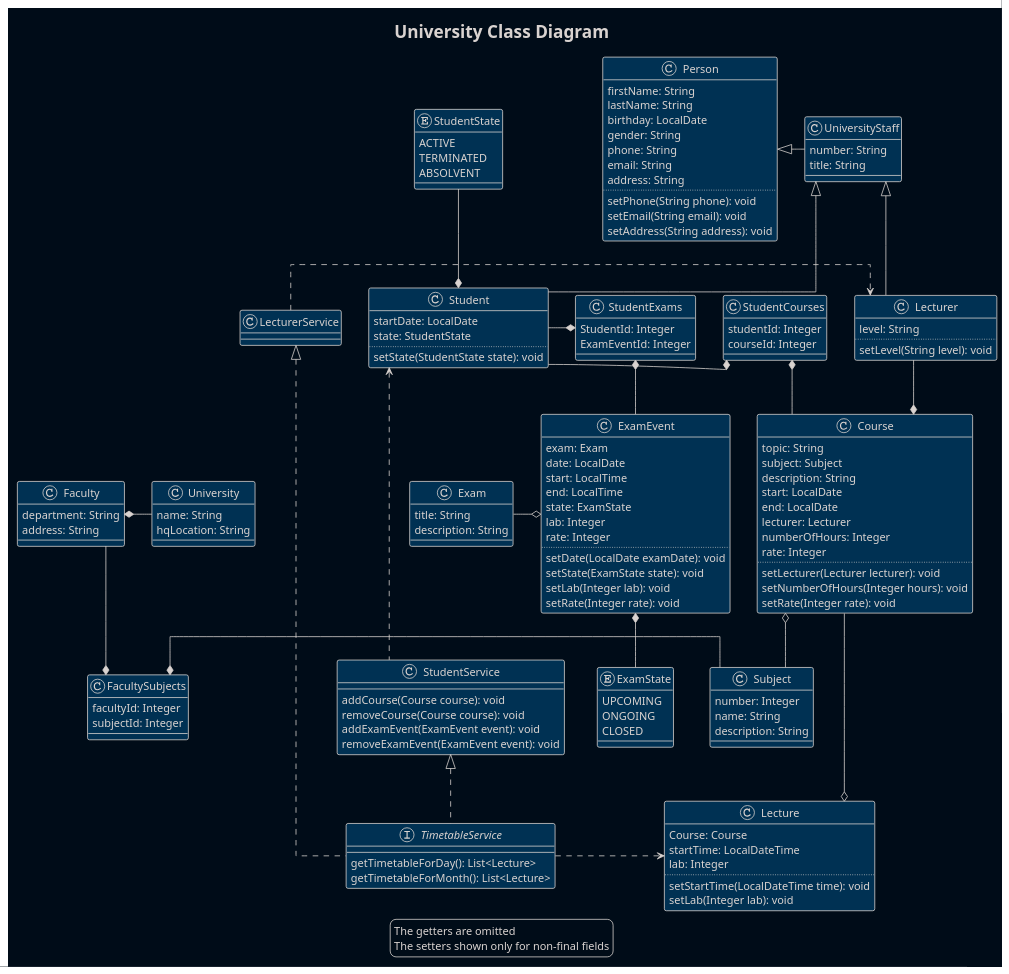
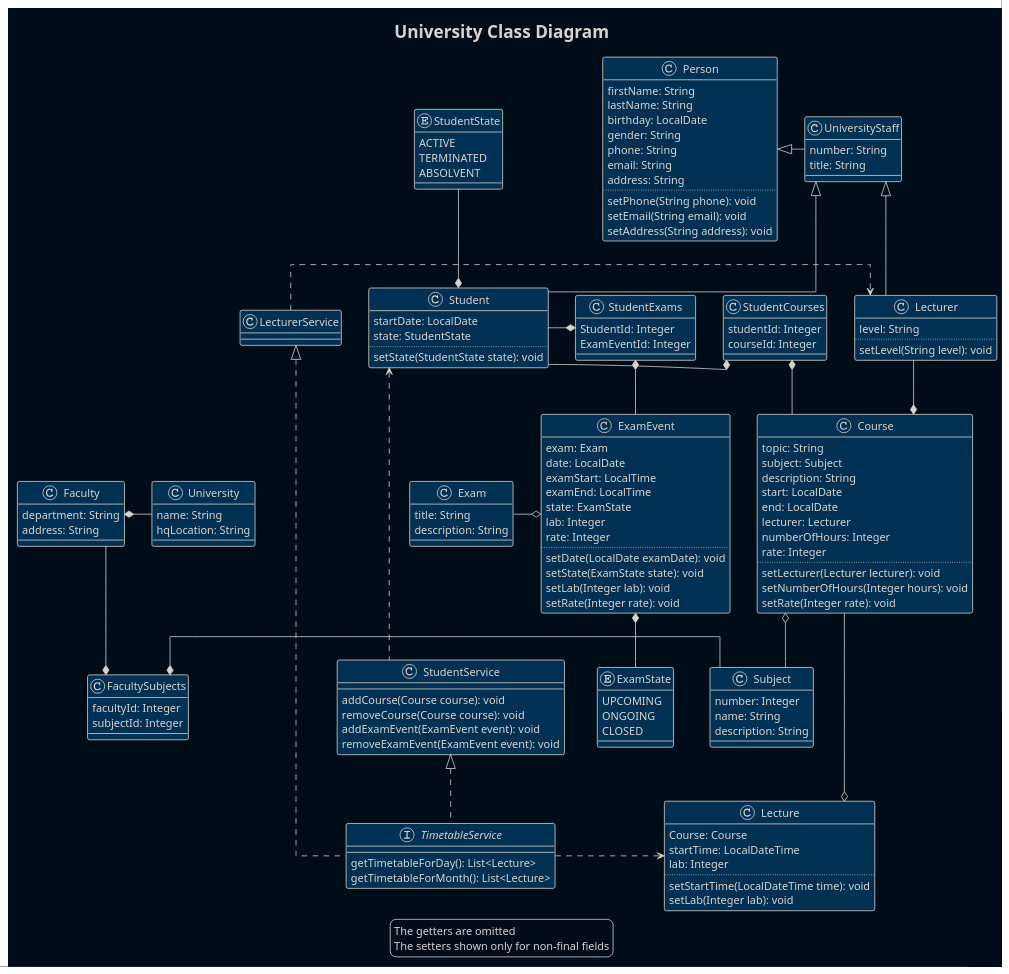
The diagram in src/main/resources/diagrams/University.puml (RomaEcho/University), drawn with PlantUML before and after one commit. The commit also changed 1 other file, not shown here.

Commit message:
sql: courses, exam_events fixes, poml: same classes fixes

```diff
--- a/src/main/resources/diagrams/University.puml
+++ b/src/main/resources/diagrams/University.puml
@@ -1,153 +1,153 @@
 @startuml
 '!theme plain
 !theme blueprint
 skinparam BackgroundColor #000c18
 'skinparam ClassBackgroundColor #000c18
 skinparam linetype ortho
 
 title University Class Diagram
 class Person {
     firstName: String
     lastName: String
     birthday: LocalDate
     gender: String
     phone: String
     email: String
     address: String
     ..
     setPhone(String phone): void
     setEmail(String email): void
     setAddress(String address): void
 }
 class Student {
     startDate: LocalDate
     state: StudentState
     ..
     setState(StudentState state): void
 }
 enum StudentState {
     ACTIVE
     TERMINATED
     ABSOLVENT
 }
 class UniversityStaff {
     number: String
     title: String
 }
 class Subject {
     number: Integer
     name: String
     description: String
 }
 
 class Course {
     topic: String
     subject: Subject
     description: String
     start: LocalDate
     end: LocalDate
     lecturer: Lecturer
     numberOfHours: Integer
     rate: Integer
     ..
     setLecturer(Lecturer lecturer): void
     setNumberOfHours(Integer hours): void
     setRate(Integer rate): void
 }
 class Lecturer {
     level: String
     ..
     setLevel(String level): void
 }
 class Exam {
     title: String
     description: String
 }
 class ExamEvent {
     exam: Exam
     date: LocalDate
-    start: LocalTime
-    end: LocalTime
+    examStart: LocalTime
+    examEnd: LocalTime
     state: ExamState
     lab: Integer
     rate: Integer
     ..
     setDate(LocalDate examDate): void
     setState(ExamState state): void
     setLab(Integer lab): void
     setRate(Integer rate): void
 }
 enum ExamState {
     UPCOMING
     ONGOING
     CLOSED
 }
 class Faculty {
     department: String
     address: String
 }
 class University {
     name: String
     hqLocation: String
 }
 class Lecture {
     Course: Course
     startTime: LocalDateTime
     lab: Integer
     ..
     setStartTime(LocalDateTime time): void
     setLab(Integer lab): void
 }
 class StudentCourses {
     studentId: Integer
     courseId: Integer
 }
 class FacultySubjects {
     facultyId: Integer
     subjectId: Integer
 }
 class StudentExams {
     StudentId: Integer    
     ExamEventId: Integer
 }
 interface TimetableService {
     getTimetableForDay(): List<Lecture>
     getTimetableForMonth(): List<Lecture>
 }
 class StudentService {
     addCourse(Course course): void
     removeCourse(Course course): void
     addExamEvent(ExamEvent event): void
     removeExamEvent(ExamEvent event): void
 }
 class LecturerService
 
 Person <|-right- UniversityStaff
 UniversityStaff <|-- Student
 UniversityStaff <|-- Lecturer
 Student *-up- StudentState
 StudentCourses *- Student
 StudentCourses *- Course
 Course *-up- Lecturer
 StudentExams *-- ExamEvent
 StudentExams *- Student
 ExamEvent o-left- Exam
 ExamEvent *-down- ExamState
 Course o-- Subject
 Faculty --* FacultySubjects
 Subject -left-* FacultySubjects
 University -left* Faculty
 Student <... StudentService
 StudentService <|.. TimetableService
 LecturerService <|.. TimetableService
 LecturerService .> Lecturer
 TimetableService .right.> Lecture
 Course --o Lecture
 
 
 legend
     The getters are omitted
     The setters shown only for non-final fields
 endlegend
 
 @enduml
```
